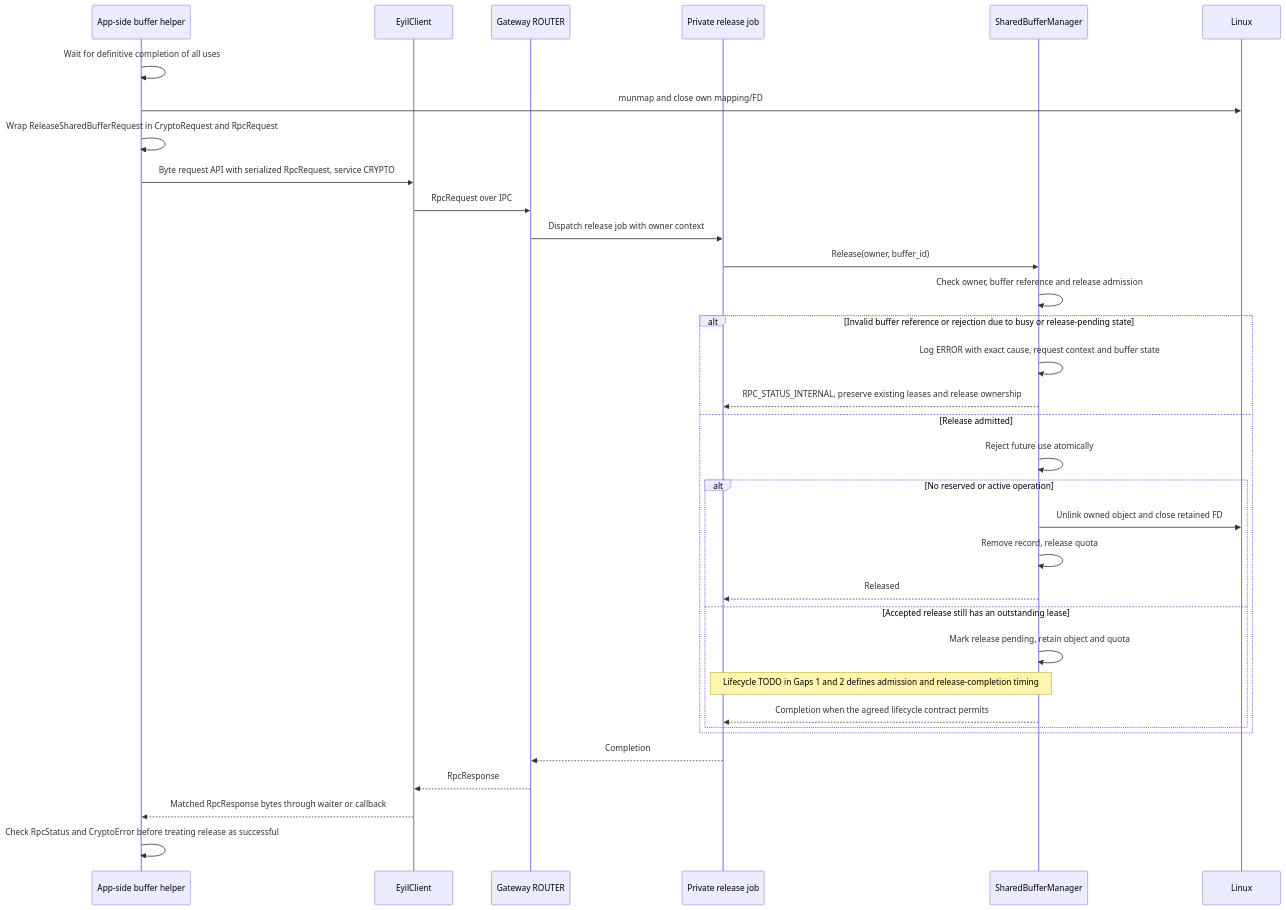
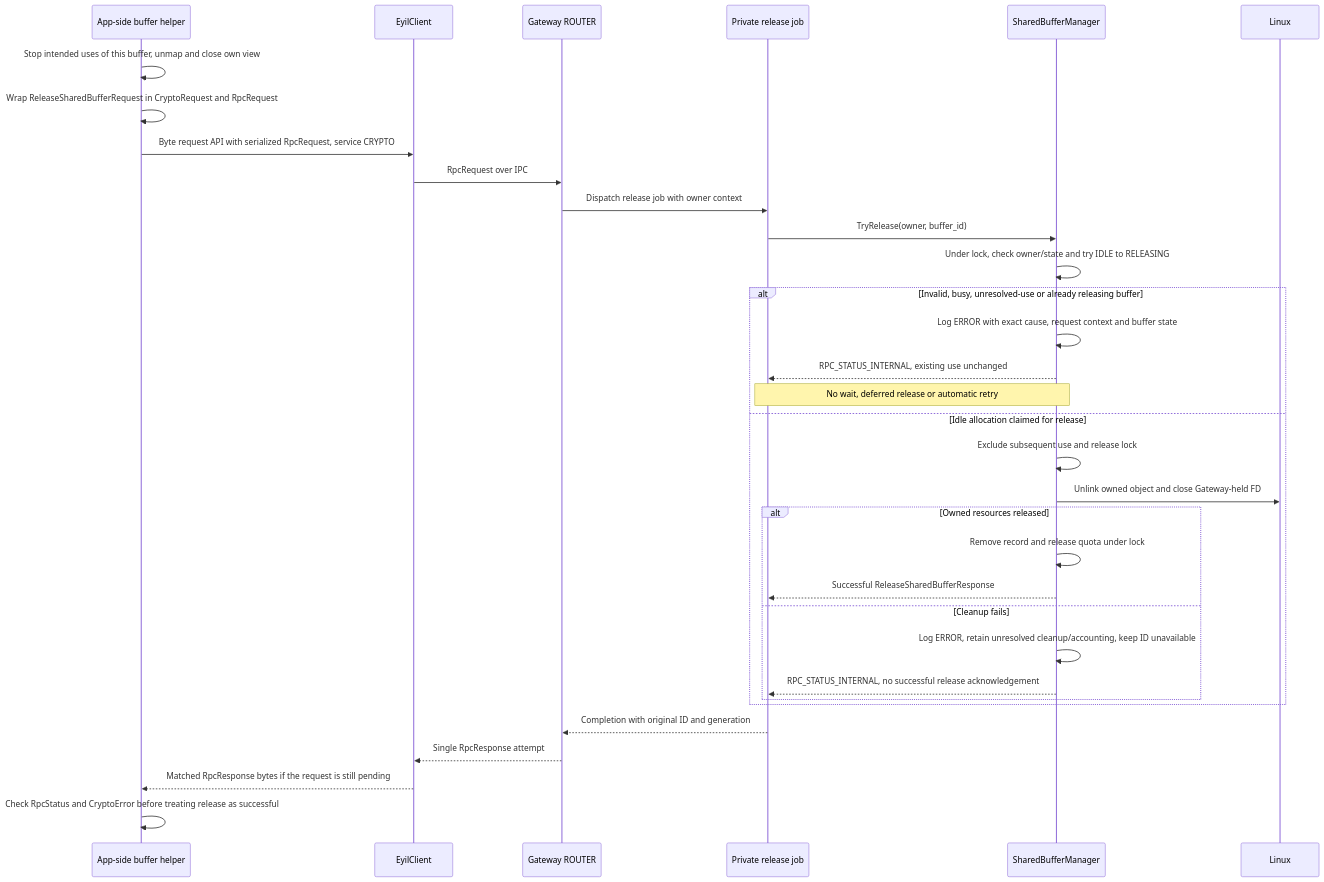
Diagram 27 of 36 in doc/EyilSecureGateway.md (rdkcentral/eyil-secure-gateway), drawn with Mermaid before and after one commit. The commit also changed other lines of this file and 2 other files, not shown here.

Commit message:
RDKEMW-27976: Improve ZQM patch and resolve other edge case from gaps

````diff
--- a/doc/EyilSecureGateway.md
+++ b/doc/EyilSecureGateway.md
@@ -3682,36 +3802,35 @@
 ```mermaid
 sequenceDiagram
     participant A as App-side buffer helper
     participant L as EyilClient
     participant R as Gateway ROUTER
     participant J as Private release job
     participant B as SharedBufferManager
     participant K as Linux
-    A->>A: Wait for definitive completion of all uses
-    A->>K: munmap and close own mapping/FD
+    A->>A: Stop intended uses of this buffer, unmap and close own view
     A->>A: Wrap ReleaseSharedBufferRequest in CryptoRequest and RpcRequest
     A->>L: Byte request API with serialized RpcRequest, service CRYPTO
     L->>R: RpcRequest over IPC
     R->>J: Dispatch release job with owner context
-    J->>B: Release(owner, buffer_id)
-    B->>B: Check owner, buffer reference and release admission
-    alt Invalid buffer reference or rejection due to busy or release-pending state
+    J->>B: TryRelease(owner, buffer_id)
+    B->>B: Under lock, check owner/state and try IDLE to RELEASING
+    alt Invalid, busy, unresolved-use or already releasing buffer
         B->>B: Log ERROR with exact cause, request context and buffer state
-        B-->>J: RPC_STATUS_INTERNAL, preserve existing leases and release ownership
-    else Release admitted
-        B->>B: Reject future use atomically
-        alt No reserved or active operation
-            B->>K: Unlink owned object and close retained FD
-            B->>B: Remove record, release quota
-            B-->>J: Released
-        else Accepted release still has an outstanding lease
-            B->>B: Mark release pending, retain object and quota
-            Note over J,B: Lifecycle TODO in Gaps 1 and 2 defines admission and release-completion timing
-            B-->>J: Completion when the agreed lifecycle contract permits
+        B-->>J: RPC_STATUS_INTERNAL, existing use unchanged
+        Note over J,B: No wait, deferred release or automatic retry
+    else Idle allocation claimed for release
+        B->>B: Exclude subsequent use and release lock
+        B->>K: Unlink owned object and close Gateway-held FD
+        alt Owned resources released
+            B->>B: Remove record and release quota under lock
+            B-->>J: Successful ReleaseSharedBufferResponse
+        else Cleanup fails
+            B->>B: Log ERROR, retain unresolved cleanup/accounting, keep ID unavailable
+            B-->>J: RPC_STATUS_INTERNAL, no successful release acknowledgement
         end
     end
-    J-->>R: Completion
-    R-->>L: RpcResponse
-    L-->>A: Matched RpcResponse bytes through waiter or callback
+    J-->>R: Completion with original ID and generation
+    R-->>L: Single RpcResponse attempt
+    L-->>A: Matched RpcResponse bytes if the request is still pending
     A->>A: Check RpcStatus and CryptoError before treating release as successful
 ```
````
